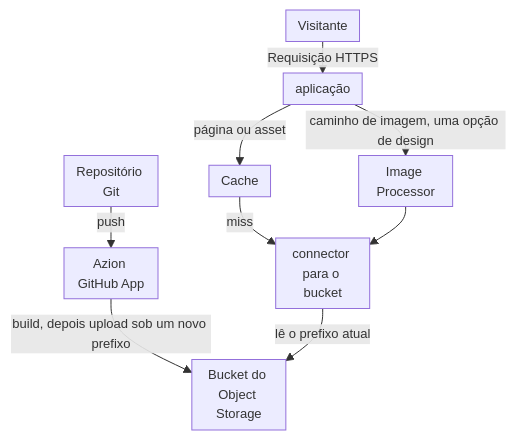
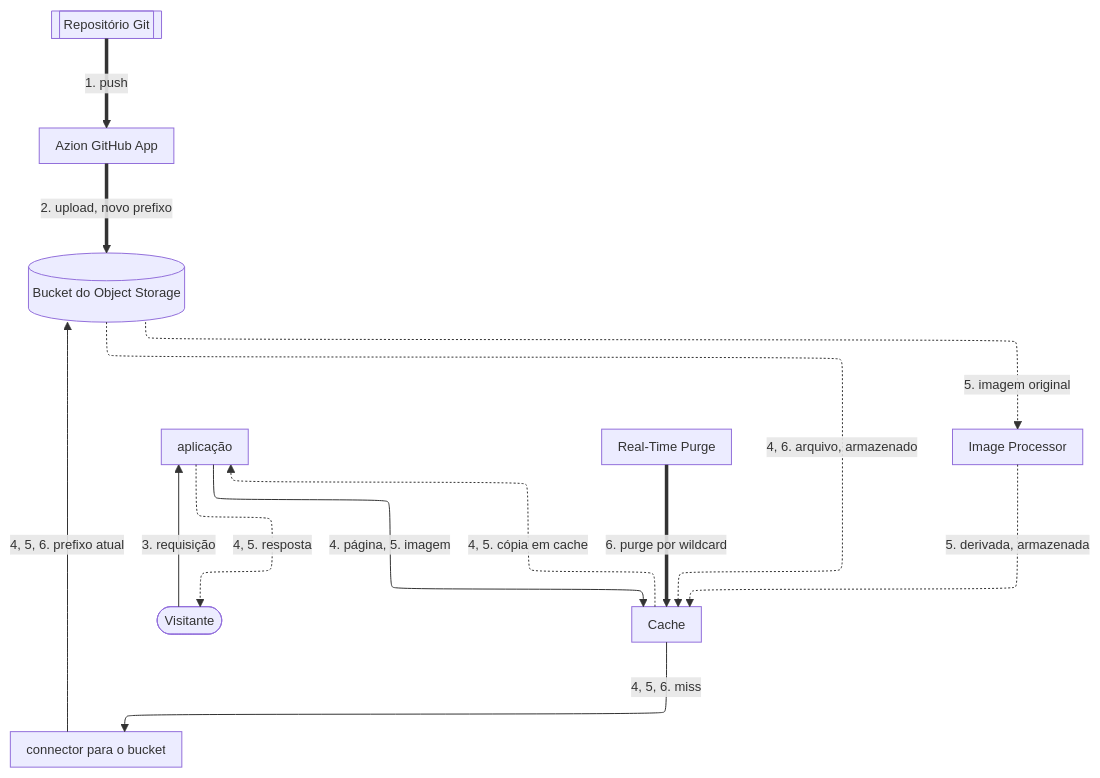
The first of 2 diagrams in apps/docs/src/content/docs/pt-br/pages/casos-de-uso/construir-e-executar-aplicacoes/criar-e-operar-sites-de-marketing.mdx (aziontech/docs), drawn with Mermaid before and after one commit. The commit also changed other lines of this file and 55 other files, not shown here.

Commit message:
docs(use-cases): redraw the use-case diagrams with the way back and check their claims (#2509)

````diff
--- a/apps/docs/src/content/docs/pt-br/pages/casos-de-uso/construir-e-executar-aplicacoes/criar-e-operar-sites-de-marketing.mdx
+++ b/apps/docs/src/content/docs/pt-br/pages/casos-de-uso/construir-e-executar-aplicacoes/criar-e-operar-sites-de-marketing.mdx
@@ -39,12 +41,25 @@
 ```mermaid
-%%{init: {"layout": "dagre", "themeVariables": {"fontSize": "13px"}, "flowchart": {"nodeSpacing": 12, "rankSpacing": 12, "padding": 6, "wrappingWidth": 70, "minNodeWidth": 40, "useMaxWidth": true}}}%%
+%%{init: {"layout": "elk", "elk": {"cycleBreakingStrategy": "MODEL_ORDER"}, "themeVariables": {"fontSize": "13px"}, "flowchart": {"nodeSpacing": 24, "rankSpacing": 36, "padding": 8, "wrappingWidth": 150, "useMaxWidth": true}, "sequence": {"width": 120, "actorMargin": 30, "useMaxWidth": true}}}%%
 flowchart TD
-  Repo["Repositório Git"] -->|"push"| GH["Azion GitHub App"]
-  GH -->|"build, depois upload sob um novo prefixo"| Bucket["Bucket do Object Storage"]
-  Visitor["Visitante"] -->|"Requisição HTTPS"| App["aplicação"]
-  App -->|"página ou asset"| Cache["Cache"]
-  App -->|"caminho de imagem, uma opção de design"| IP["Image Processor"]
-  Cache -->|"miss"| Connector["connector para o bucket"]
-  IP --> Connector
-  Connector -->|"lê o prefixo atual"| Bucket
+  Visitor(["Visitante"])
+  App["aplicação"]
+  Purge["Real-Time Purge"]
+  Cache["Cache"]
+  Connector["connector para o bucket"]
+  IP["Image Processor"]
+  Repo[["Repositório Git"]]
+  GH["Azion GitHub App"]
+  Bucket[("Bucket do Object Storage")]
+  Visitor -->|"3. requisição"| App
+  App -->|"4. página, 5. imagem"| Cache
+  Cache -->|"4, 5, 6. miss"| Connector
+  Connector -->|"4, 5, 6. prefixo atual"| Bucket
+  Bucket -.->|"4, 6. arquivo, armazenado"| Cache
+  Bucket -.->|"5. imagem original"| IP
+  IP -.->|"5. derivada, armazenada"| Cache
+  Cache -.->|"4, 5. cópia em cache"| App
+  App -.->|"4, 5. resposta"| Visitor
+  Repo ==>|"1. push"| GH
+  GH ==>|"2. upload, novo prefixo"| Bucket
+  Purge ==>|"6. purge por wildcard"| Cache
 ```
````
